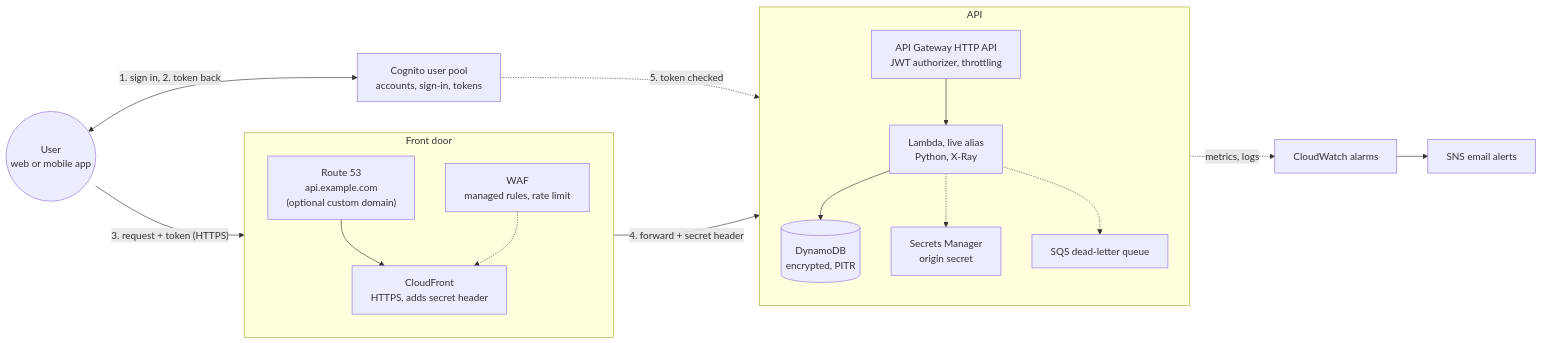
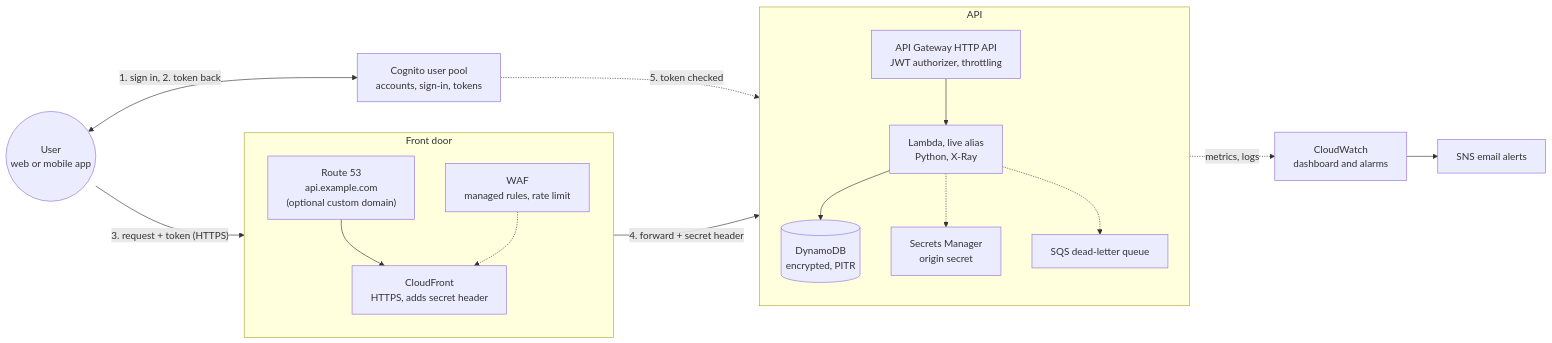
Before and after one commit to Duna-Devo/Cloud-devops-portfolio: the third of 5 diagrams in README.md, drawn with Mermaid. The commit also changed other lines of this file, not shown here.

Commit message:
docs: update Stage 2b with scoped roles, dashboard, WAF test and X-Ray

````diff
--- a/README.md
+++ b/README.md
@@ -131,35 +131,35 @@
 ```mermaid
 flowchart LR
     User(("User<br/>web or mobile app"))
     Cognito["Cognito user pool<br/>accounts, sign-in, tokens"]
 
     subgraph EDGE["Front door"]
         direction TB
         R53["Route 53<br/>api.example.com<br/>(optional custom domain)"]
         CF["CloudFront<br/>HTTPS, adds secret header"]
         WAF["WAF<br/>managed rules, rate limit"]
         R53 --> CF
         WAF -.-> CF
     end
 
     subgraph CORE["API"]
         direction TB
         APIGW["API Gateway HTTP API<br/>JWT authorizer, throttling"]
         Lambda["Lambda, live alias<br/>Python, X-Ray"]
         DDB[("DynamoDB<br/>encrypted, PITR")]
         SM["Secrets Manager<br/>origin secret"]
         DLQ["SQS dead-letter queue"]
         APIGW --> Lambda
         Lambda --> DDB
         Lambda -.-> SM
         Lambda -.-> DLQ
     end
 
-    CW["CloudWatch alarms"] --> SNS["SNS email alerts"]
+    CW["CloudWatch<br/>dashboard and alarms"] --> SNS["SNS email alerts"]
 
     User <-->|"1. sign in, 2. token back"| Cognito
     User -->|"3. request + token (HTTPS)"| R53
     CF -->|"4. forward + secret header"| APIGW
     Cognito -.->|"5. token checked"| APIGW
     CORE -.->|"metrics, logs"| CW
 ```
````
